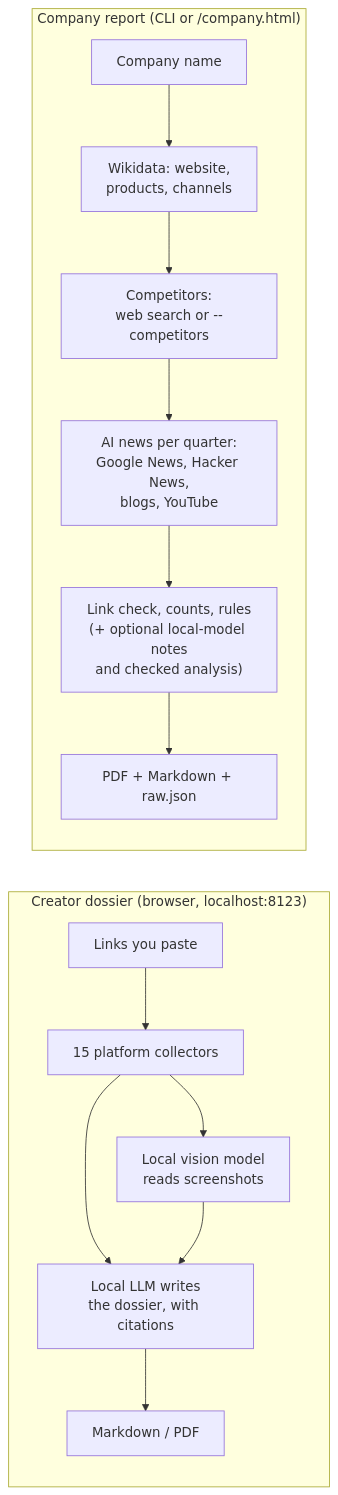
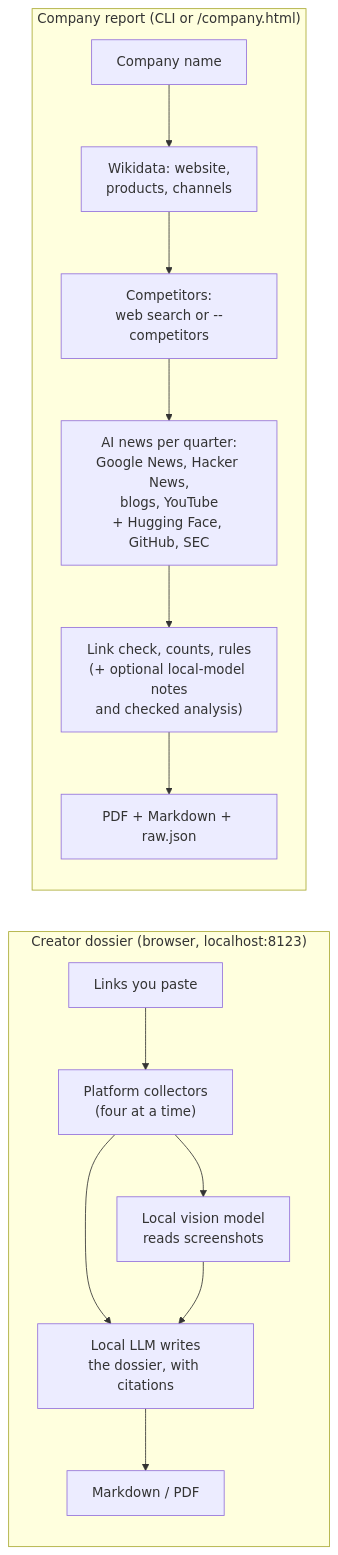
Before and after one commit to Pixiano/dapro-scraper-2026: the diagram in README.md, drawn with Mermaid. The commit also changed other lines of this file and 61 other files, not shown here.

````diff
--- a/README.md
+++ b/README.md
@@ -270,17 +276,17 @@
 ```mermaid
 flowchart LR
     subgraph creator["Creator dossier (browser, localhost:8123)"]
-        A1["Links you paste"] --> A2["15 platform collectors"]
+        A1["Links you paste"] --> A2["Platform collectors<br/>(four at a time)"]
         A2 --> A3["Local vision model<br/>reads screenshots"]
         A2 --> A4
         A3 --> A4["Local LLM writes<br/>the dossier, with citations"]
         A4 --> A5["Markdown / PDF"]
     end
     subgraph company["Company report (CLI or /company.html)"]
         B1["Company name"] --> B2["Wikidata: website,<br/>products, channels"]
         B2 --> B3["Competitors:<br/>web search or --competitors"]
-        B3 --> B4["AI news per quarter:<br/>Google News, Hacker News,<br/>blogs, YouTube"]
+        B3 --> B4["AI news per quarter:<br/>Google News, Hacker News,<br/>blogs, YouTube<br/>+ Hugging Face, GitHub, SEC"]
         B4 --> B5["Link check, counts, rules<br/>(+ optional local-model notes<br/>and checked analysis)"]
         B5 --> B6["PDF + Markdown + raw.json"]
     end
 ```
````
